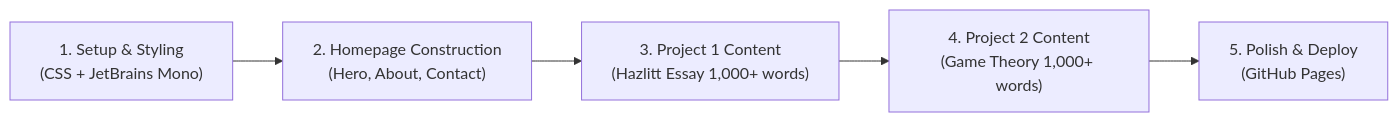
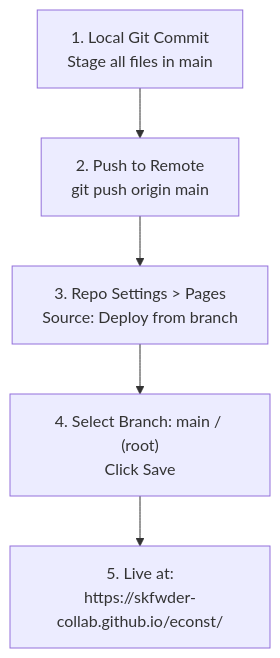
One commit to skfwder-collab/econst changed the second of 2 diagrams in plan/our_plan.md. Above: the diagram before and after it, drawn with Mermaid. The commit also changed other lines of this file, not shown here.

Commit message:
docs: update plan/our_plan.md with 4 projects roadmap

````diff
--- a/plan/our_plan.md
+++ b/plan/our_plan.md
@@ -93,7 +144,7 @@
 ```mermaid
-flowchart LR
-    Step1["1. Setup & Styling<br>(CSS + JetBrains Mono)"] --> Step2["2. Homepage Construction<br>(Hero, About, Contact)"]
-    Step2 --> Step3["3. Project 1 Content<br>(Hazlitt Essay 1,000+ words)"]
-    Step3 --> Step4["4. Project 2 Content<br>(Game Theory 1,000+ words)"]
-    Step4 --> Step5["5. Polish & Deploy<br>(GitHub Pages)"]
+flowchart TD
+    S1["1. Local Git Commit<br>Stage all files in main"] --> S2["2. Push to Remote<br>git push origin main"]
+    S2 --> S3["3. Repo Settings > Pages<br>Source: Deploy from branch"]
+    S3 --> S4["4. Select Branch: main / (root)<br>Click Save"]
+    S4 --> S5["5. Live at:<br>https://skfwder-collab.github.io/econst/"]
 ```
````
